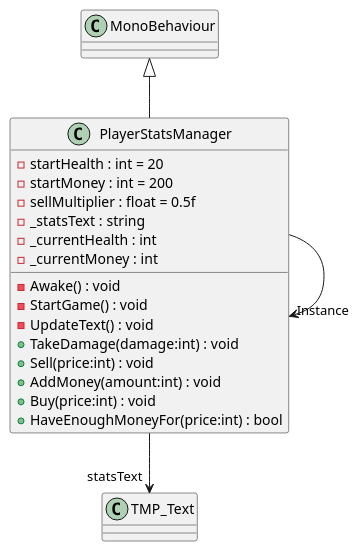
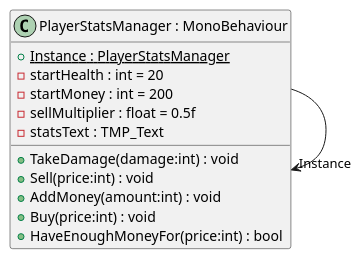
Before and after one commit to TechnicJelle/PlanesTowerDefence: the diagram in PlantUML/Managers/PlayerStatsManager.puml, drawn with PlantUML. The commit also changed 28 other files, not shown here.

First line of the commit message:
Manual tweaks of the UML diagrams

```diff
--- a/PlantUML/Managers/PlayerStatsManager.puml
+++ b/PlantUML/Managers/PlayerStatsManager.puml
@@ -1,21 +1,15 @@
 @startuml
-class PlayerStatsManager {
+class "PlayerStatsManager : MonoBehaviour" as PlayerStatsManager {
+    + {static} Instance : PlayerStatsManager
     - startHealth : int = 20
     - startMoney : int = 200
     - sellMultiplier : float = 0.5f
-    - _statsText : string
-    - _currentHealth : int
-    - _currentMoney : int
-    - Awake() : void
-    - StartGame() : void
-    - UpdateText() : void
+    - statsText : TMP_Text
     + TakeDamage(damage:int) : void
     + Sell(price:int) : void
     + AddMoney(amount:int) : void
     + Buy(price:int) : void
     + HaveEnoughMoneyFor(price:int) : bool
 }
-MonoBehaviour <|-- PlayerStatsManager
 PlayerStatsManager --> "Instance" PlayerStatsManager
-PlayerStatsManager --> "statsText" TMP_Text
 @enduml
```
